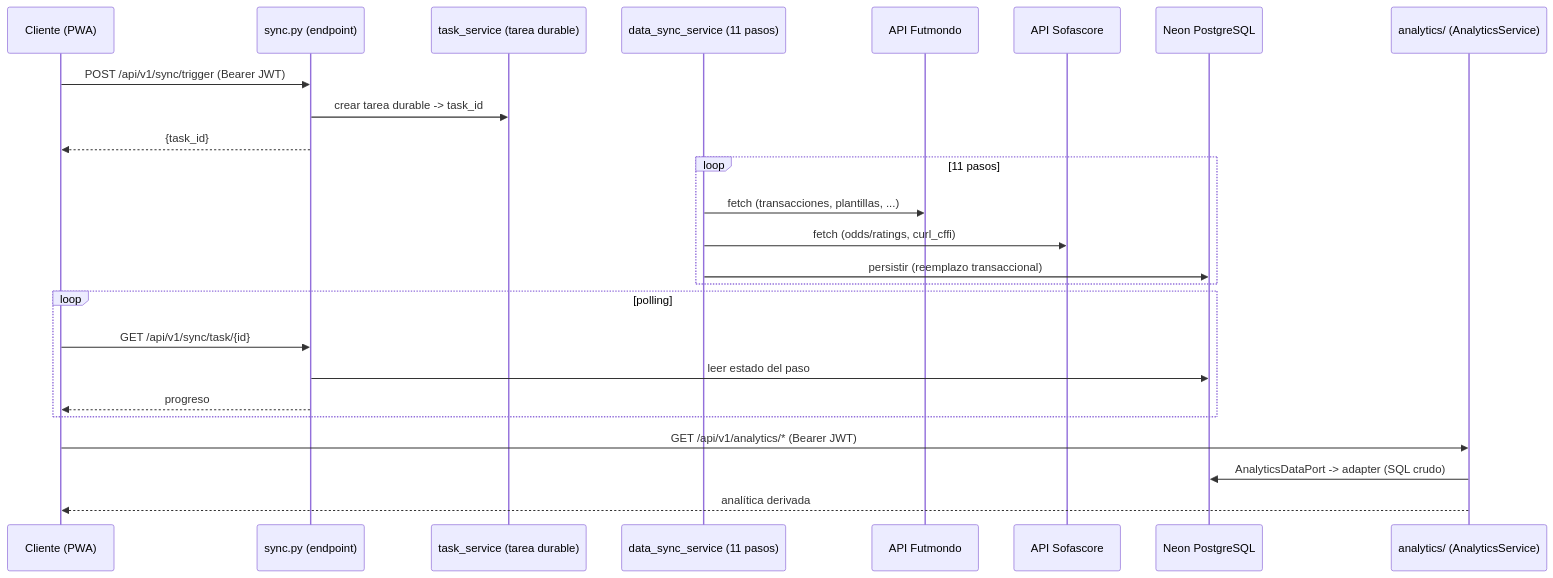
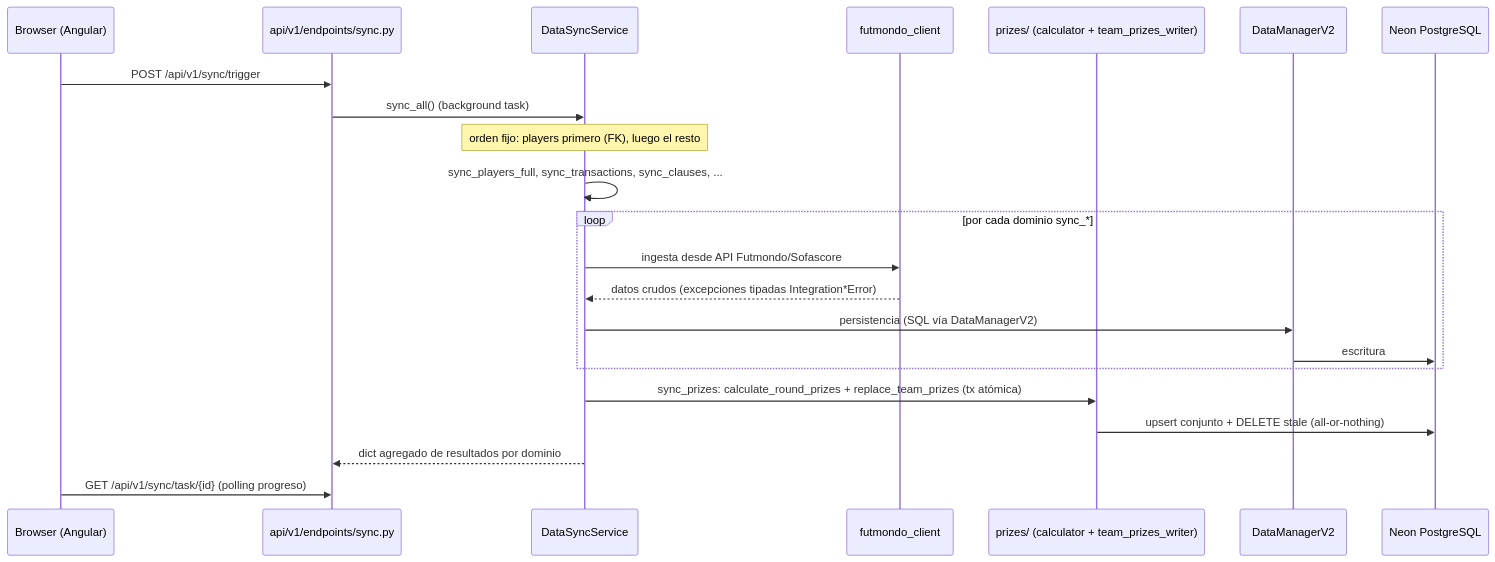
One commit to Mutinho/futmondo-analytics changed the third of 3 diagrams in aidlc/spaces/default/codekb/futmondo-analytics/architecture.md. Above: the diagram before and after it, drawn with Mermaid. The commit also changed other lines of this file and 48 other files, not shown here.

First line of the commit message:
chore(aidlc): registro del workflow del intent sync-god-file (Oleada 3)

````diff
--- a/aidlc/spaces/default/codekb/futmondo-analytics/architecture.md
+++ b/aidlc/spaces/default/codekb/futmondo-analytics/architecture.md
@@ -114,27 +99,24 @@
 ```mermaid
 sequenceDiagram
-  participant C as Cliente (PWA)
-  participant Sy as sync.py (endpoint)
-  participant T as task_service (tarea durable)
-  participant DS as data_sync_service (11 pasos)
-  participant FUT as API Futmondo
-  participant SOF as API Sofascore
-  participant DB as Neon PostgreSQL
-  participant An as analytics/ (AnalyticsService)
-  C->>Sy: POST /api/v1/sync/trigger (Bearer JWT)
-  Sy->>T: crear tarea durable -> task_id
-  Sy-->>C: {task_id}
-  loop 11 pasos
-    DS->>FUT: fetch (transacciones, plantillas, ...)
-    DS->>SOF: fetch (odds/ratings, curl_cffi)
-    DS->>DB: persistir (reemplazo transaccional)
+  participant U as Browser (Angular)
+  participant R as api/v1/endpoints/sync.py
+  participant D as DataSyncService
+  participant F as futmondo_client
+  participant P as prizes/ (calculator + team_prizes_writer)
+  participant M as DataManagerV2
+  participant N as Neon PostgreSQL
+  U->>R: POST /api/v1/sync/trigger
+  R->>D: sync_all() (background task)
+  Note over D: orden fijo: players primero (FK), luego el resto
+  D->>D: sync_players_full, sync_transactions, sync_clauses, ...
+  loop por cada dominio sync_*
+    D->>F: ingesta desde API Futmondo/Sofascore
+    F-->>D: datos crudos (excepciones tipadas Integration*Error)
+    D->>M: persistencia (SQL vía DataManagerV2)
+    M->>N: escritura
   end
-  loop polling
-    C->>Sy: GET /api/v1/sync/task/{id}
-    Sy->>DB: leer estado del paso
-    Sy-->>C: progreso
-  end
-  C->>An: GET /api/v1/analytics/* (Bearer JWT)
-  An->>DB: AnalyticsDataPort -> adapter (SQL crudo)
-  An-->>C: analítica derivada
+  D->>P: sync_prizes: calculate_round_prizes + replace_team_prizes (tx atómica)
+  P->>N: upsert conjunto + DELETE stale (all-or-nothing)
+  D-->>R: dict agregado de resultados por dominio
+  U->>R: GET /api/v1/sync/task/{id} (polling progreso)
 ```
````
